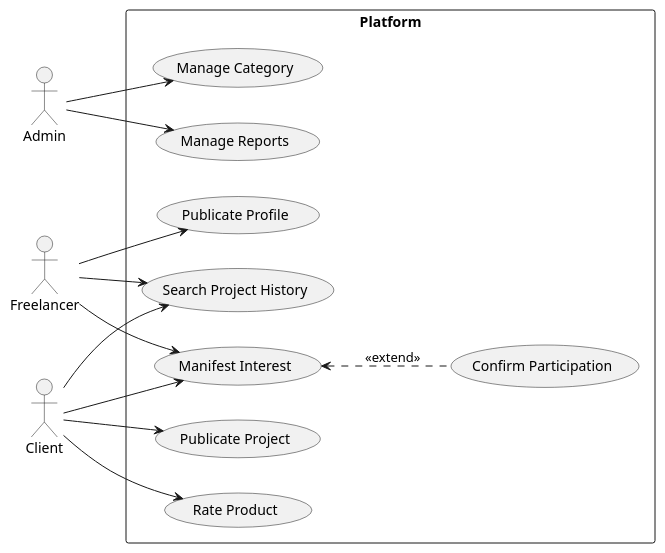
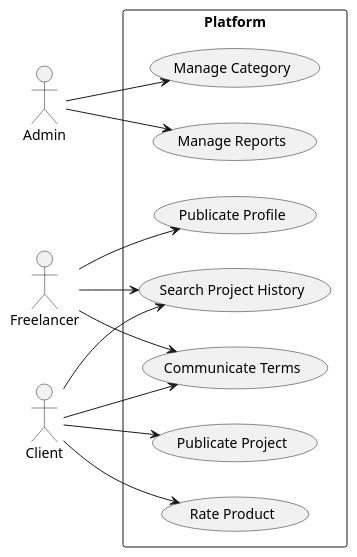
One commit to Pesagniya/privatevoid changed the diagram in docs/usecases.puml. Above: the diagram before and after it, drawn with PlantUML.

```diff
--- a/docs/usecases.puml
+++ b/docs/usecases.puml
@@ -1,35 +1,32 @@
 @startuml
 left to right direction
 skinparam packageStyle rectangle
 
 actor Admin as admin
 actor Freelancer as freelancer
 actor Client as client
 
 rectangle "Platform" {
     usecase "Manage Category" as manageCategory
     usecase "Manage Reports" as mediateDispute
     
     usecase "Publicate Profile" as publicateProfile
     usecase "Search Project History" as searchProjectHistory
-    usecase "Manifest Interest" as manifestInterest
-    usecase "Confirm Participation" as confirmParticipation
+    usecase "Communicate Terms" as manifestInterest
     
     usecase "Publicate Project" as publicateProject
     usecase "Rate Product" as rateProduct
-    
-    manifestInterest <.. confirmParticipation : <<extend>>
-    
+        
     admin --> manageCategory
     admin --> mediateDispute
     
     freelancer --> publicateProfile
     freelancer --> searchProjectHistory
     freelancer --> manifestInterest
     
     client --> searchProjectHistory
     client --> manifestInterest
     client --> publicateProject
     client --> rateProduct
 }
 @enduml
```
